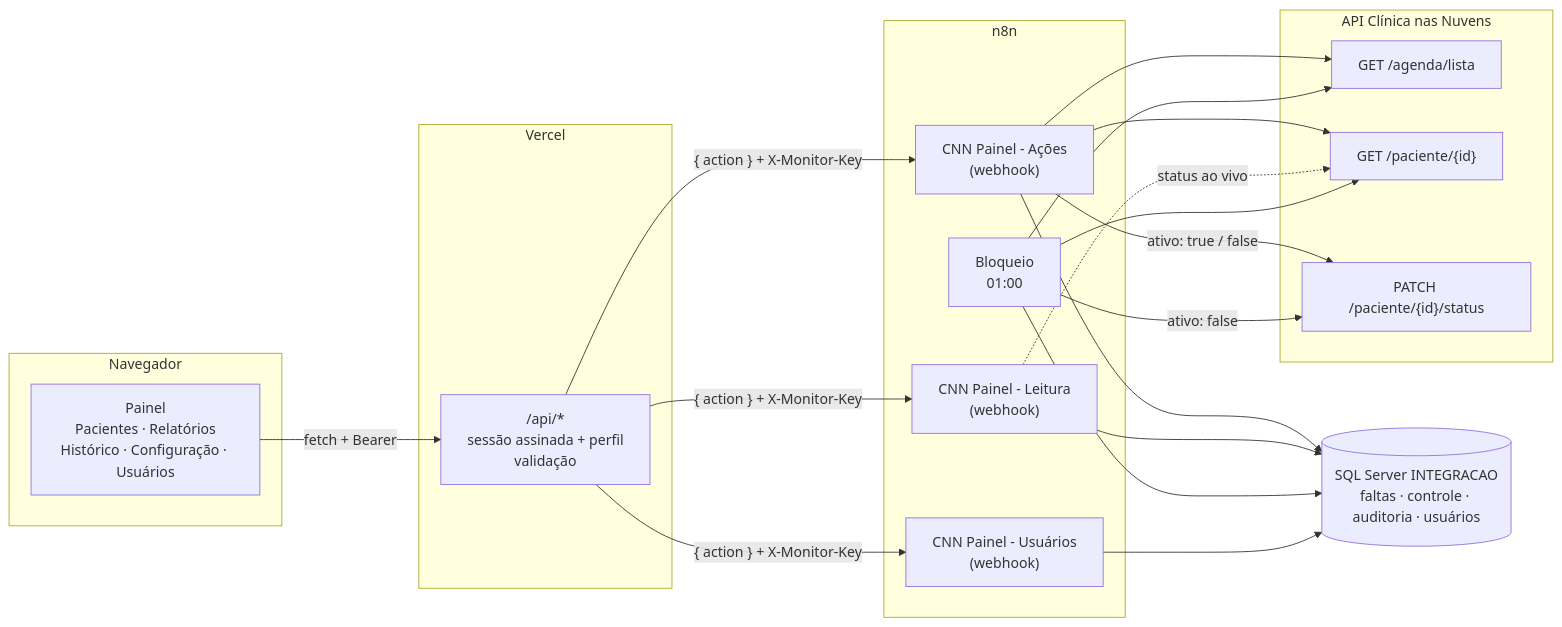
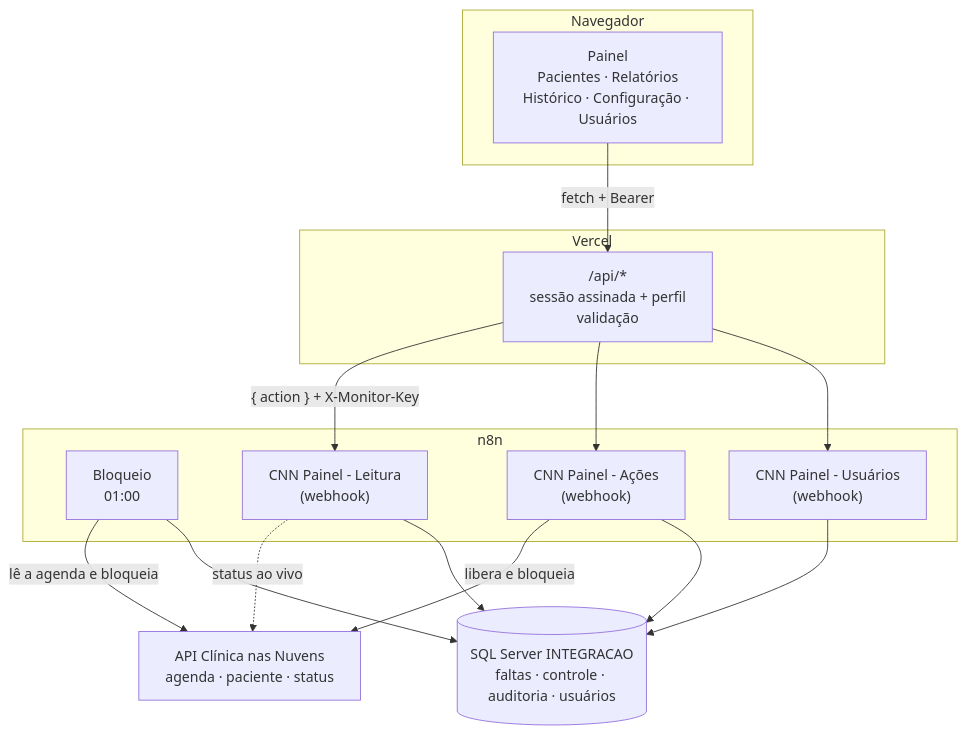
Before and after one commit to clariens/painel-integracao-desbloqueio-CNN-web: the diagram in docs/README.md, drawn with Mermaid. The commit also changed other lines of this file and 41 other files, not shown here.

````diff
--- a/docs/README.md
+++ b/docs/README.md
@@ -16,37 +17,29 @@
 ```mermaid
-flowchart LR
+flowchart TB
     subgraph Navegador
         UI["Painel<br/>Pacientes · Relatórios<br/>Histórico · Configuração · Usuários"]
     end
     subgraph Vercel
         API["/api/*<br/>sessão assinada + perfil<br/>validação"]
     end
     subgraph N8N["n8n"]
         B["Bloqueio<br/>01:00"]
         L["CNN Painel - Leitura<br/>(webhook)"]
         A["CNN Painel - Ações<br/>(webhook)"]
         US["CNN Painel - Usuários<br/>(webhook)"]
     end
-    subgraph CNN["API Clínica nas Nuvens"]
-        AG["GET /agenda/lista"]
-        PAC["GET /paciente/{id}"]
-        ST["PATCH /paciente/{id}/status"]
-    end
+    CNN["API Clínica nas Nuvens<br/>agenda · paciente · status"]
     DB[("SQL Server INTEGRACAO<br/>faltas · controle · auditoria · usuários")]
 
     UI -- "fetch + Bearer" --> API
-    API -- "{ action } + X-Monitor-Key" --> US
-    US --> DB
     API -- "{ action } + X-Monitor-Key" --> L
-    API -- "{ action } + X-Monitor-Key" --> A
-    B --> AG
-    B --> PAC
-    B -- "ativo: false" --> ST
+    API --> A
+    API --> US
+    B -- "lê a agenda e bloqueia" --> CNN
+    A -- "libera e bloqueia" --> CNN
+    L -. "status ao vivo" .-> CNN
     B --> DB
     L --> DB
-    L -. "status ao vivo" .-> PAC
-    A --> AG
-    A --> PAC
-    A -- "ativo: true / false" --> ST
     A --> DB
+    US --> DB
 ```
````
